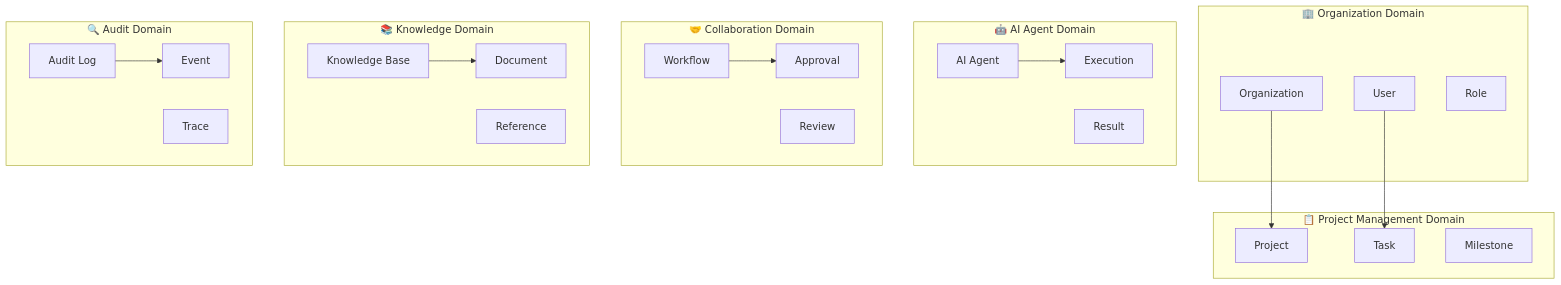
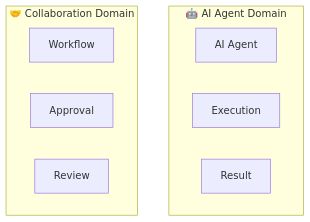
The second of 18 diagrams in docs/030000_設計/034000_アプリケーション設計/034010_ドメインモデル.md (daichiTAAA/AgentOpsPlatform), drawn with Mermaid before and after one commit. The commit also changed other lines of this file, not shown here.

````diff
--- a/docs/030000_設計/034000_アプリケーション設計/034010_ドメインモデル.md
+++ b/docs/030000_設計/034000_アプリケーション設計/034010_ドメインモデル.md
@@ -28,45 +43,14 @@
 ```mermaid
 graph TD
-    subgraph "🏢 Organization Domain"
-        ORG[Organization]
-        USER[User]
-        ROLE[Role]
-    end
-    
-    subgraph "📋 Project Management Domain"
-        PROJ[Project]
-        TASK[Task]
-        MILESTONE[Milestone]
-    end
-    
     subgraph "🤖 AI Agent Domain"
         AGENT[AI Agent]
         EXEC[Execution]
         RESULT[Result]
     end
     
     subgraph "🤝 Collaboration Domain"
         WORKFLOW[Workflow]
         APPROVAL[Approval]
         REVIEW[Review]
     end
-    
-    subgraph "📚 Knowledge Domain"
-        KNOWLEDGE[Knowledge Base]
-        DOCUMENT[Document]
-        REFERENCE[Reference]
-    end
-    
-    subgraph "🔍 Audit Domain"
-        AUDIT[Audit Log]
-        EVENT[Event]
-        TRACE[Trace]
-    end
-    
-    ORG --> PROJ
-    USER --> TASK
-    AGENT --> EXEC
-    WORKFLOW --> APPROVAL
-    KNOWLEDGE --> DOCUMENT
-    AUDIT --> EVENT
 ```
````
